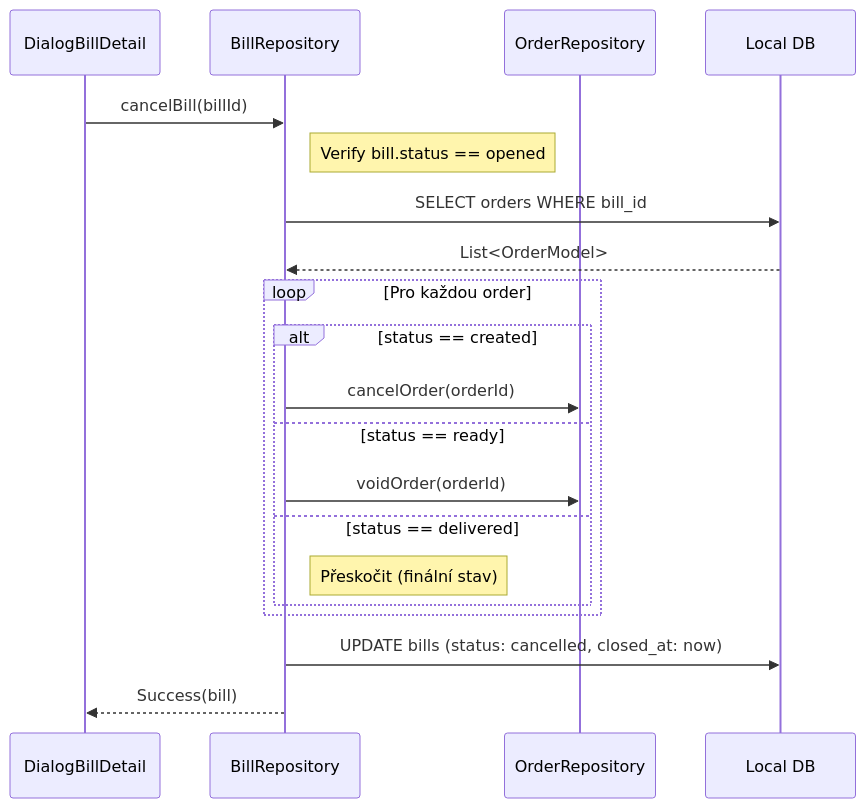
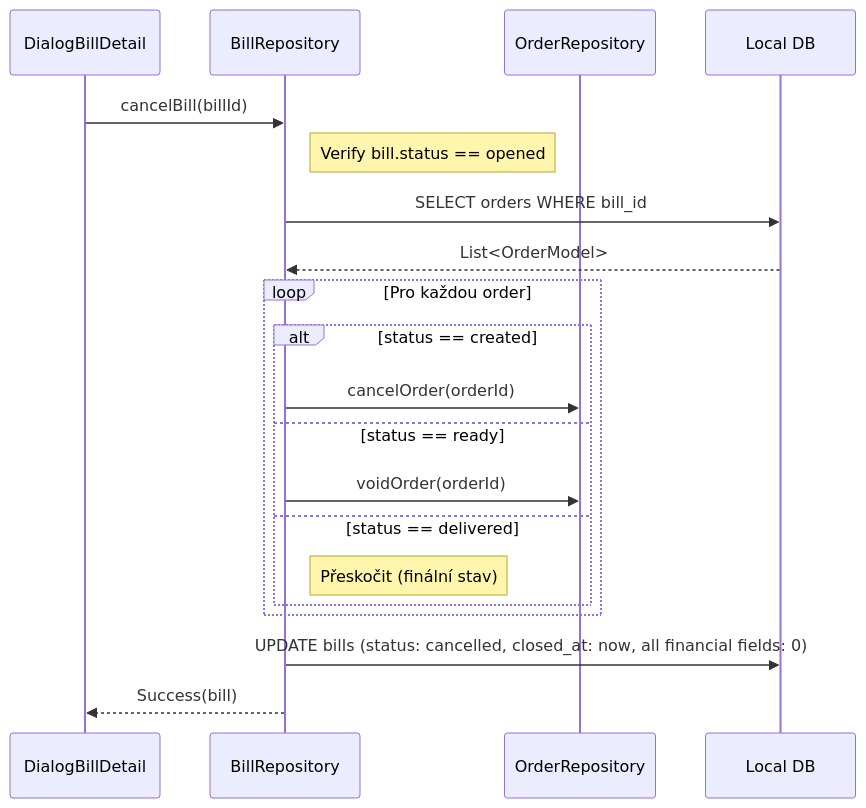
Before and after one commit to Tomakas/deskpos: diagram 12 of 14 in PROJECT.md, drawn with Mermaid. The commit also changed other lines of this file and 28 other files, not shown here.

````diff
--- a/PROJECT.md
+++ b/PROJECT.md
@@ -1826,26 +1846,26 @@
 ```mermaid
 sequenceDiagram
     participant UI as DialogBillDetail
     participant BR as BillRepository
     participant OR as OrderRepository
     participant DB as Local DB
 
     UI->>BR: cancelBill(billId)
     Note right of BR: Verify bill.status == opened
 
     BR->>DB: SELECT orders WHERE bill_id
     DB-->>BR: List<OrderModel>
 
     loop Pro každou order
         alt status == created
             BR->>OR: cancelOrder(orderId)
         else status == ready
             BR->>OR: voidOrder(orderId)
         else status == delivered
             Note right of BR: Přeskočit (finální stav)
         end
     end
 
-    BR->>DB: UPDATE bills (status: cancelled, closed_at: now)
+    BR->>DB: UPDATE bills (status: cancelled, closed_at: now, all financial fields: 0)
     BR-->>UI: Success(bill)
 ```
````
